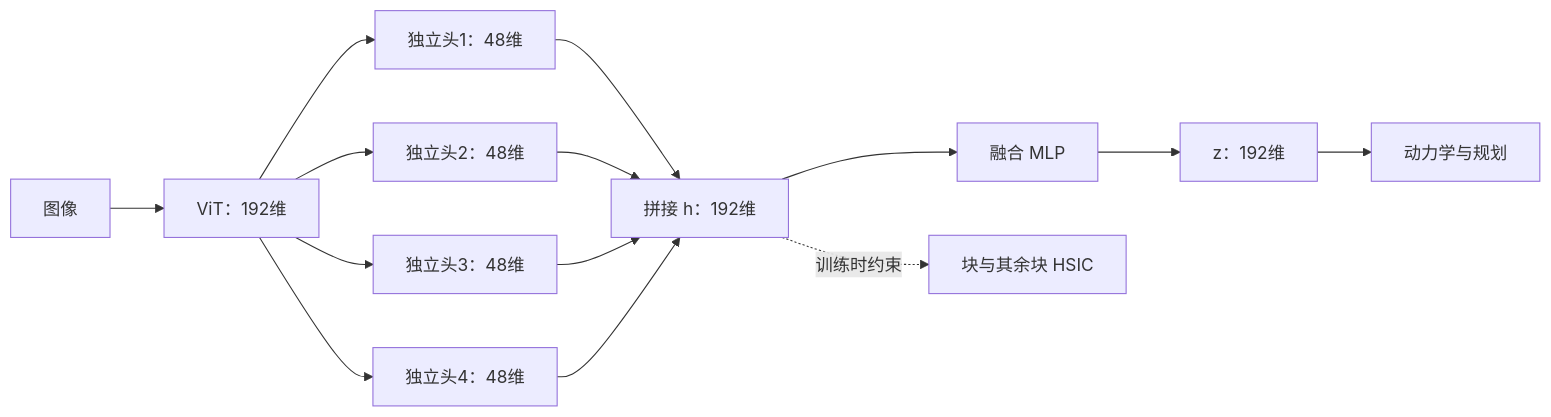
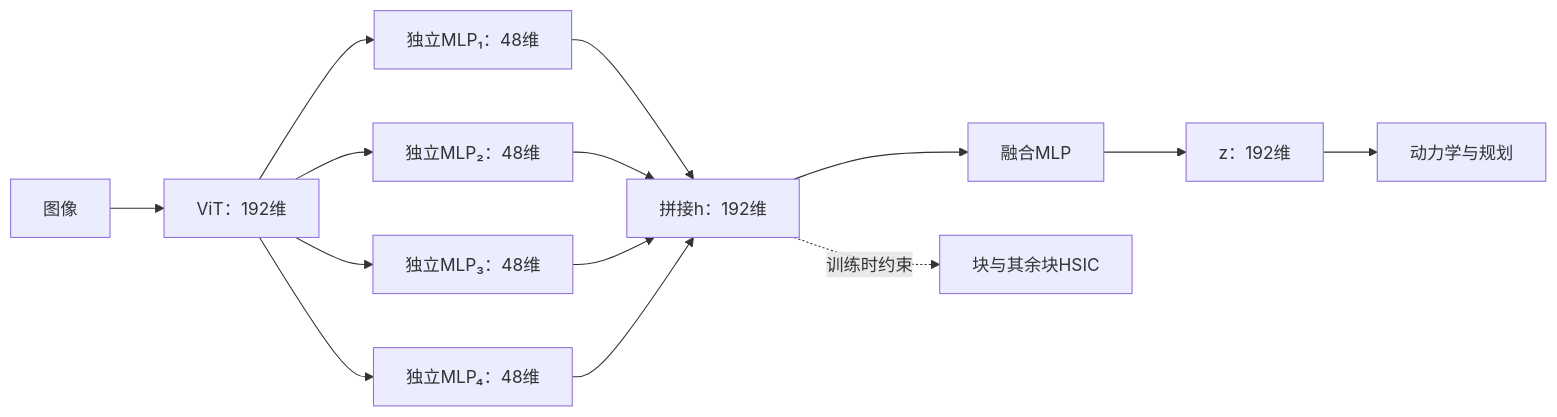
Before and after one commit to yousamar/jepa-block-hsic-pusht: the diagram in docs/idea-and-method.zh-CN.md, drawn with Mermaid. The commit also changed other lines of this file and 1 other file, not shown here.

Commit message:
Share PushT HSIC research note, reproducible code and validated inference interface

````diff
--- a/docs/idea-and-method.zh-CN.md
+++ b/docs/idea-and-method.zh-CN.md
@@ -129,16 +37,16 @@
 ```mermaid
 flowchart LR
     I[图像] --> E[ViT：192维]
-    E --> H1[独立头1：48维]
-    E --> H2[独立头2：48维]
-    E --> H3[独立头3：48维]
-    E --> H4[独立头4：48维]
-    H1 --> H[拼接 h：192维]
+    E --> H1[独立MLP₁：48维]
+    E --> H2[独立MLP₂：48维]
+    E --> H3[独立MLP₃：48维]
+    E --> H4[独立MLP₄：48维]
+    H1 --> H[拼接h：192维]
     H2 --> H
     H3 --> H
     H4 --> H
-    H --> F[融合 MLP]
+    H --> F[融合MLP]
     F --> Z[z：192维]
     Z --> P[动力学与规划]
-    H -.训练时约束.-> D[块与其余块 HSIC]
+    H -.训练时约束.-> D[块与其余块HSIC]
 ```
````
